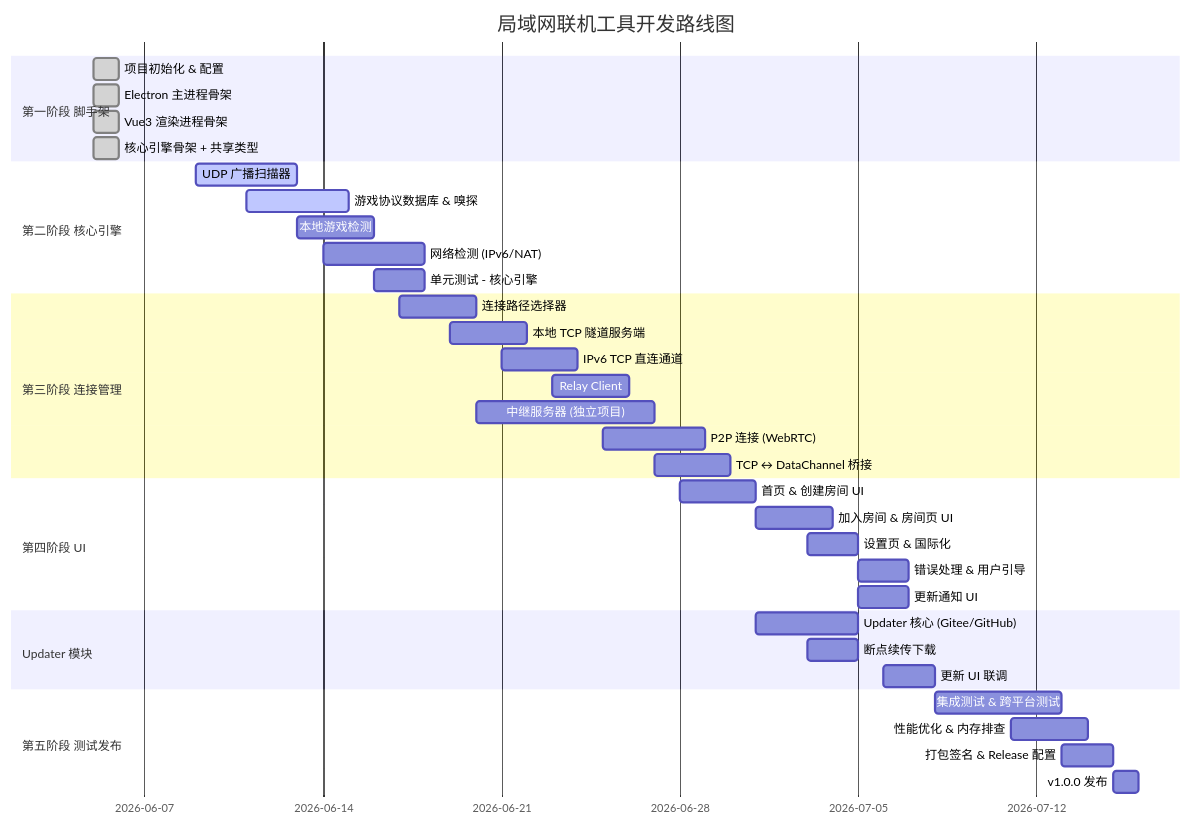
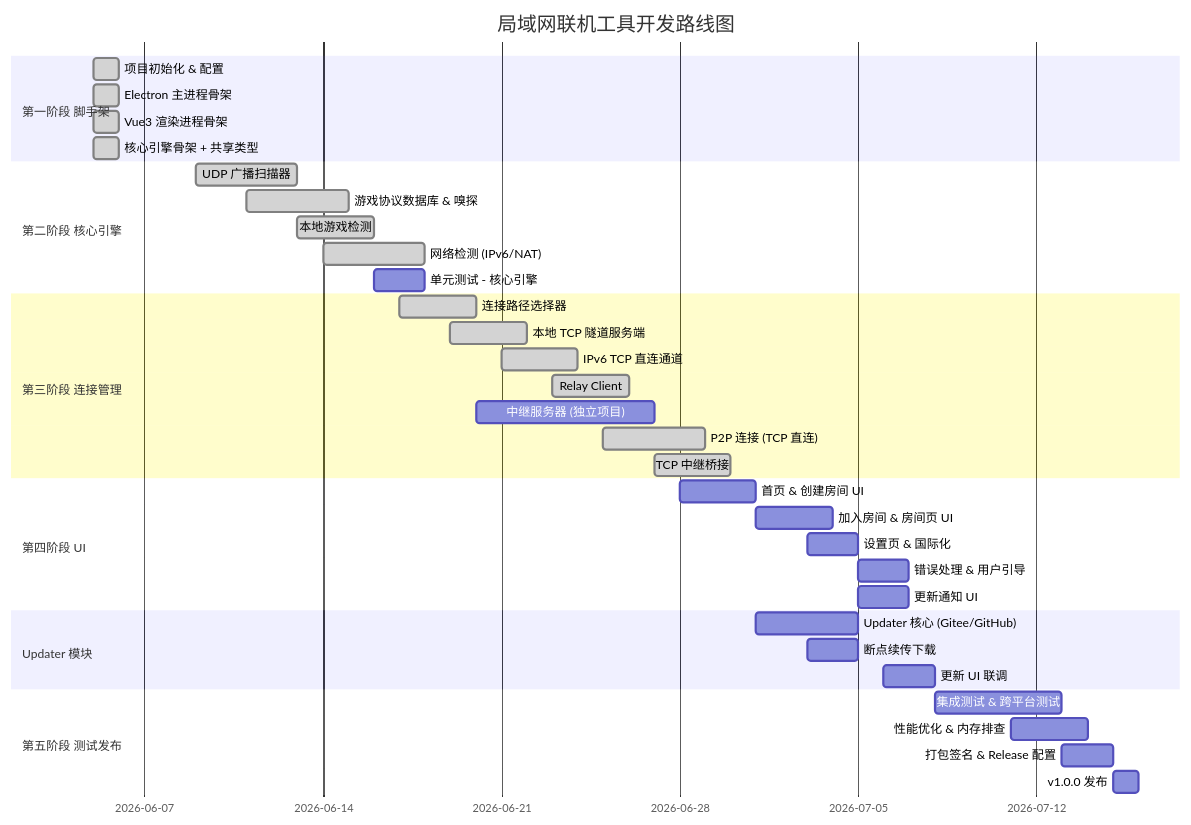
One commit to xwms/simple-game-interaction changed the diagram in docs/开发计划.md. Above: the diagram before and after it, drawn with Mermaid. The commit also changed other lines of this file and 199 other files, not shown here.

````diff
--- a/docs/开发计划.md
+++ b/docs/开发计划.md
@@ -5,44 +5,44 @@
 ```mermaid
 gantt
     title 局域网联机工具开发路线图
     dateFormat  YYYY-MM-DD
     section 第一阶段 脚手架
     项目初始化 & 配置           :done, 2026-06-05, 1d
     Electron 主进程骨架          :done, 2026-06-05, 1d
     Vue3 渲染进程骨架            :done, 2026-06-05, 1d
     核心引擎骨架 + 共享类型      :done, 2026-06-05, 1d
 
     section 第二阶段 核心引擎
-    UDP 广播扫描器              :active, 2026-06-09, 4d
-    游戏协议数据库 & 嗅探        :active, 2026-06-11, 4d
-    本地游戏检测                :2026-06-13, 3d
-    网络检测 (IPv6/NAT)         :2026-06-14, 4d
+    UDP 广播扫描器              :done, 2026-06-09, 4d
+    游戏协议数据库 & 嗅探        :done, 2026-06-11, 4d
+    本地游戏检测                :done, 2026-06-13, 3d
+    网络检测 (IPv6/NAT)         :done, 2026-06-14, 4d
     单元测试 - 核心引擎          :2026-06-16, 2d
 
     section 第三阶段 连接管理
-    连接路径选择器              :2026-06-17, 3d
-    本地 TCP 隧道服务端          :2026-06-19, 3d
-    IPv6 TCP 直连通道           :2026-06-21, 3d
-    Relay Client               :2026-06-23, 3d
+    连接路径选择器              :done, 2026-06-17, 3d
+    本地 TCP 隧道服务端          :done, 2026-06-19, 3d
+    IPv6 TCP 直连通道           :done, 2026-06-21, 3d
+    Relay Client               :done, 2026-06-23, 3d
     中继服务器 (独立项目)        :2026-06-20, 7d
-    P2P 连接 (WebRTC)           :2026-06-25, 4d
-    TCP ↔ DataChannel 桥接      :2026-06-27, 3d
+    P2P 连接 (TCP 直连)         :done, 2026-06-25, 4d
+    TCP 中继桥接                :done, 2026-06-27, 3d
 
     section 第四阶段 UI
     首页 & 创建房间 UI           :2026-06-28, 3d
     加入房间 & 房间页 UI         :2026-07-01, 3d
     设置页 & 国际化              :2026-07-03, 2d
     错误处理 & 用户引导          :2026-07-05, 2d
     更新通知 UI                 :2026-07-05, 2d
 
     section Updater 模块
     Updater 核心 (Gitee/GitHub)  :2026-07-01, 4d
     断点续传下载                  :2026-07-03, 2d
     更新 UI 联调                 :2026-07-06, 2d
 
     section 第五阶段 测试发布
     集成测试 & 跨平台测试        :2026-07-08, 5d
     性能优化 & 内存排查          :2026-07-11, 3d
     打包签名 & Release 配置      :2026-07-13, 2d
     v1.0.0 发布                 :2026-07-15, 1d
 ```
````
